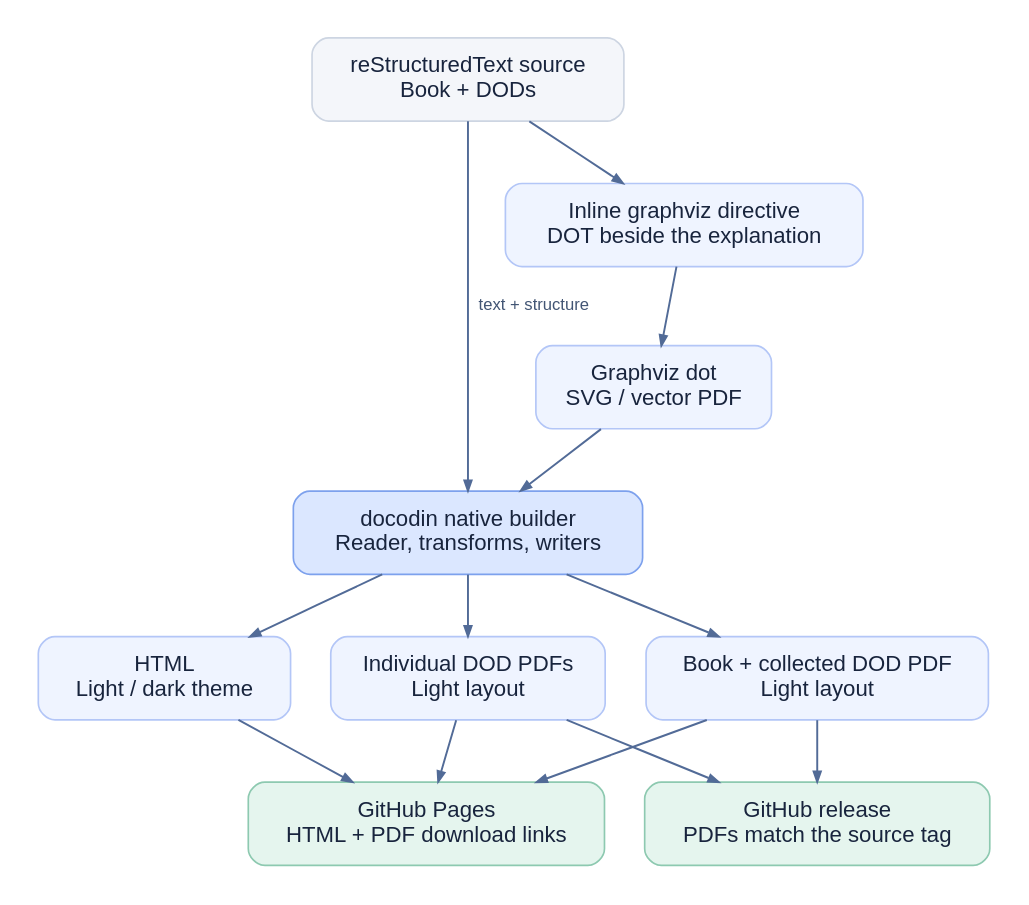
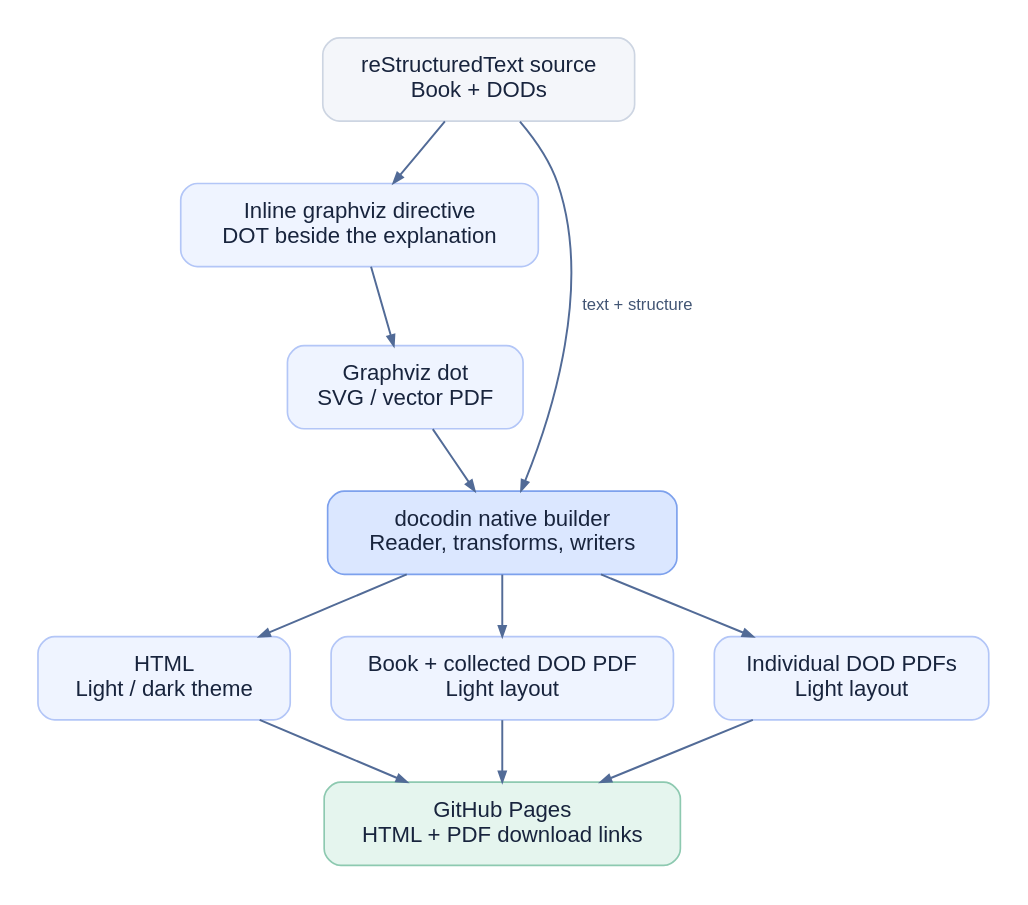
One commit to insanai/docodin changed the diagram in docs/book/development/documentation.rst. Above: the diagram before and after it, drawn with Graphviz. The commit also changed 11 other files, not shown here.

Commit message:
Keep documentation PDFs on the website and release software assets only

```diff
--- a/docs/book/development/documentation.rst
+++ b/docs/book/development/documentation.rst
@@ -14,32 +14,29 @@
 .. graphviz::
    :class: adaptive-diagram
    :align: center
    :caption: Graphviz renders the diagrams; docodin publishes the surrounding documentation and PDF downloads.
    :alt: Inline DOT is rendered to SVG or vector PDF and combined with reStructuredText by docodin into themed HTML, both collected PDFs and each individual DOD PDF.
 
    digraph documentation_flow {
    graph [bgcolor="white", pad="0.28", nodesep="0.4", ranksep="0.6", fontname="Helvetica", fontsize=17, fontcolor="#425574", color="#CBD5E1"];
    node [shape=box, style="rounded,filled", fontname="Helvetica", fontsize=16, margin="0.22,0.16", fillcolor="#EFF4FF", color="#B3C6F7", fontcolor="#18243D", penwidth=1.2];
    edge [fontname="Helvetica", fontsize=12, color="#526B97", fontcolor="#425574", arrowsize=0.75, penwidth=1.4];
    rankdir=TB;
    rst [label="reStructuredText source\nBook + DODs", fillcolor="#F4F6FA", color="#CDD5E2"];
    dot [label="Inline graphviz directive\nDOT beside the explanation"];
    renderer [label="Graphviz dot\nSVG / vector PDF"];
    publisher [label="docodin native builder\nReader, transforms, writers", fillcolor="#DBE7FF", color="#7DA1ED"];
    html [label="HTML\nLight / dark theme"];
    book [label="Book + collected DOD PDF\nLight layout"];
    records [label="Individual DOD PDFs\nLight layout"];
    site [label="GitHub Pages\nHTML + PDF download links", fillcolor="#E5F5EE", color="#8DC9B0"];
-   release [label="GitHub release\nPDFs match the source tag", fillcolor="#E5F5EE", color="#8DC9B0"];
    rst -> dot -> renderer -> publisher;
    rst -> publisher [label="text + structure"];
    publisher -> html;
    publisher -> book;
    publisher -> records;
    {rank=same; html; book; records;}
    html -> site;
    book -> site;
    records -> site;
-   book -> release;
-   records -> release;
    }
```
